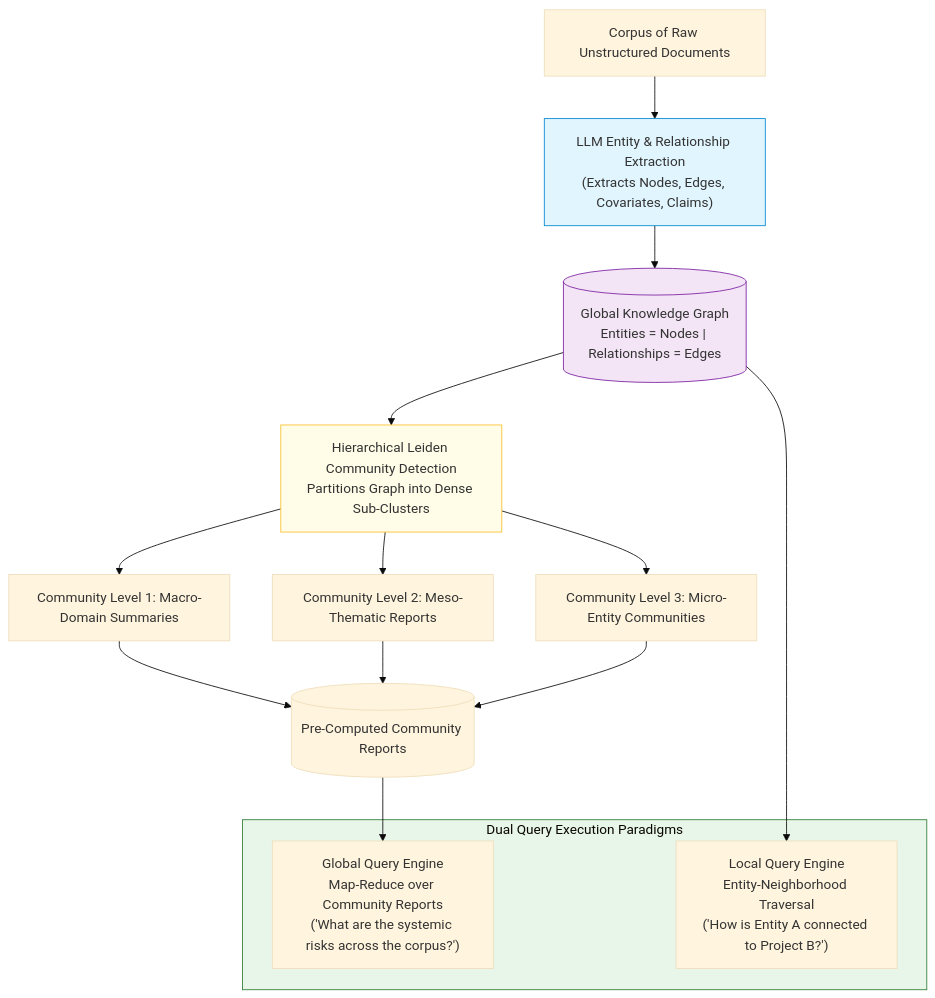
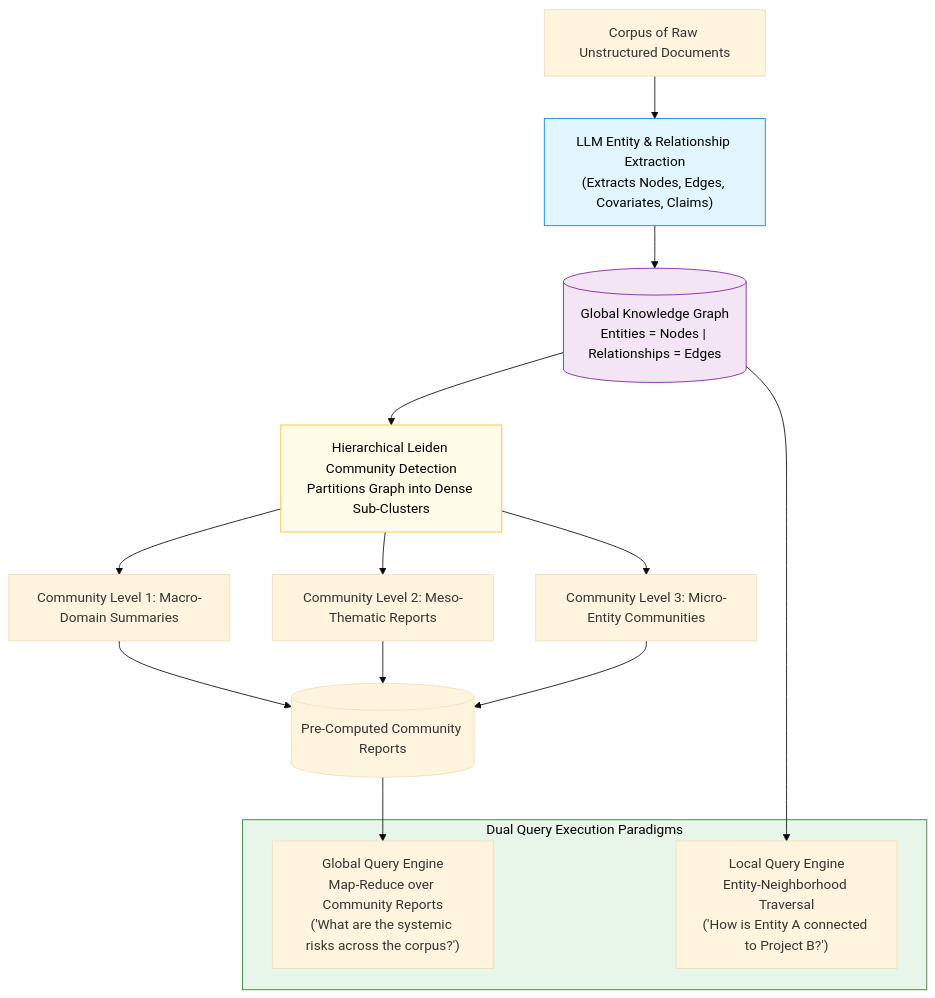
Before and after one commit to swapnil3104/RAG-Engineering: the first of 4 diagrams in 06-Advanced-RAG/GraphRAG.md, drawn with Mermaid (base theme). The commit also changed other lines of this file and 108 other files, not shown here.

Commit message:
fix: make chart text visible across all Mermaid diagrams and resolve markdown table formatting issues

````diff
--- a/06-Advanced-RAG/GraphRAG.md
+++ b/06-Advanced-RAG/GraphRAG.md
@@ -26,27 +26,27 @@
 ```mermaid
 flowchart TD
     RawDocs["Corpus of Raw Unstructured Documents"] --> Extraction["LLM Entity & Relationship Extraction<br/>(Extracts Nodes, Edges, Covariates, Claims)"]
     
     Extraction --> KG[("Global Knowledge Graph<br/>Entities = Nodes | Relationships = Edges")]
     
     KG --> Leiden["Hierarchical Leiden Community Detection<br/>Partitions Graph into Dense Sub-Clusters"]
 
     Leiden --> CommC1["Community Level 1: Macro-Domain Summaries"]
     Leiden --> CommC2["Community Level 2: Meso-Thematic Reports"]
     Leiden --> CommC3["Community Level 3: Micro-Entity Communities"]
 
     CommC1 & CommC2 & CommC3 --> IndexReport[("Pre-Computed Community Reports")]
 
     subgraph QueryEngines ["Dual Query Execution Paradigms"]
         GlobalQ["Global Query Engine<br/>Map-Reduce over Community Reports<br/>('What are the systemic risks across the corpus?')"]
         LocalQ["Local Query Engine<br/>Entity-Neighborhood Traversal<br/>('How is Entity A connected to Project B?')"]
     end
 
     IndexReport --> GlobalQ
     KG --> LocalQ
 
-    style Extraction fill:#e1f5fe,stroke:#0288d1,stroke-width:1px
-    style KG fill:#f3e5f5,stroke:#7b1fa2,stroke-width:1px
-    style Leiden fill:#fffde7,stroke:#fbc02d,stroke-width:1px
-    style QueryEngines fill:#e8f5e9,stroke:#2e7d32,stroke-width:1px
+    style Extraction fill:#e1f5fe,stroke:#0288d1,stroke-width:1px,color:#000000
+    style KG fill:#f3e5f5,stroke:#7b1fa2,stroke-width:1px,color:#000000
+    style Leiden fill:#fffde7,stroke:#fbc02d,stroke-width:1px,color:#000000
+    style QueryEngines fill:#e8f5e9,stroke:#2e7d32,stroke-width:1px,color:#000000
 ```
````
